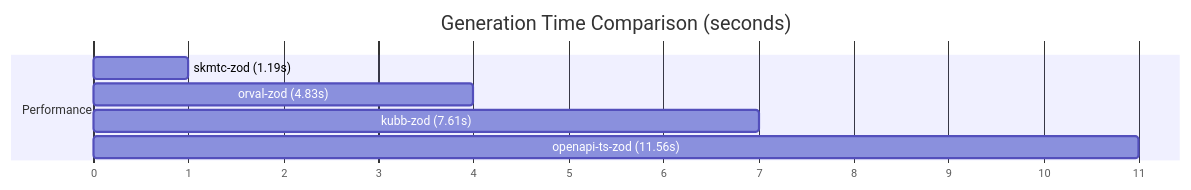
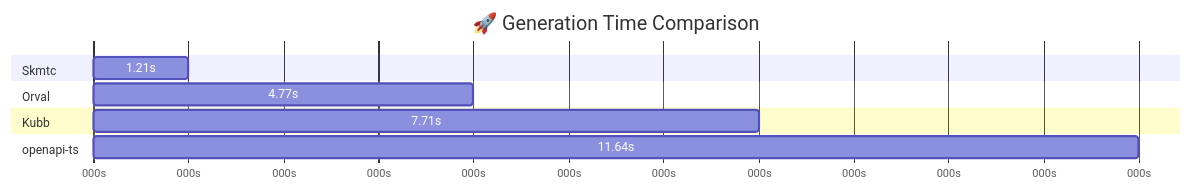
The diagram in README.md (skmtc/openapi-codegen-benchmarks), drawn with Mermaid before and after one commit. The commit also changed other lines of this file and 2 other files, not shown here.

Commit message:
Update formatting

````diff
--- a/README.md
+++ b/README.md
@@ -24,11 +24,18 @@
 ```mermaid
 gantt
-    title Generation Time Comparison (seconds)
+    title 🚀 Generation Time Comparison
     dateFormat X
-    axisFormat %s
-    section Performance
-    skmtc-zod (1.19s) :0, 1
-    orval-zod (4.83s) :0, 4
-    kubb-zod (7.61s) :0, 7
-    openapi-ts-zod (11.56s) :0, 11
+    axisFormat %Ls
+
+    section Skmtc
+    1.21s :0, 1
+
+    section Orval
+    4.77s :0, 4
+
+    section Kubb
+    7.71s :0, 7
+
+    section openapi-ts
+    11.64s :0, 11
 ```
````
